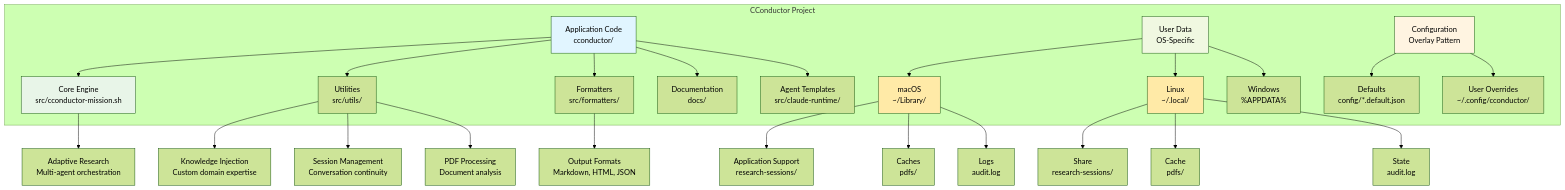
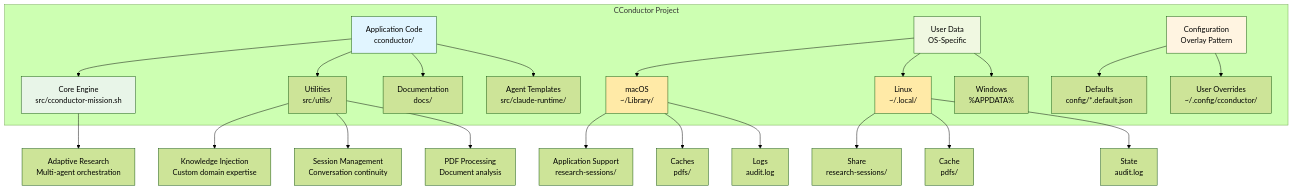
The diagram in README.md (yaniv-golan/cconductor), drawn with Mermaid (forest theme) before and after one commit. The commit also changed other lines of this file and 12 other files, not shown here.

First line of the commit message:
chore: Remove non-functional output formatters (v0.2.2)

````diff
--- a/README.md
+++ b/README.md
@@ -669,42 +669,40 @@
 ```mermaid
 graph TD
     subgraph "CConductor Project"
         A[Application Code<br/>cconductor/]
         B[User Data<br/>OS-Specific]
         C[Configuration<br/>Overlay Pattern]
 
         A --> D[Core Engine<br/>src/cconductor-mission.sh]
         A --> E[Utilities<br/>src/utils/]
-        A --> F[Formatters<br/>src/formatters/]
-        A --> G[Documentation<br/>docs/]
-        A --> H[Agent Templates<br/>src/claude-runtime/]
+        A --> F[Documentation<br/>docs/]
+        A --> G[Agent Templates<br/>src/claude-runtime/]
 
         B --> I[macOS<br/>~/Library/]
         B --> J[Linux<br/>~/.local/]
         B --> K[Windows<br/>%APPDATA%]
 
         C --> L[Defaults<br/>config/*.default.json]
         C --> M[User Overrides<br/>~/.config/cconductor/]
     end
 
     D --> N[Adaptive Research<br/>Multi-agent orchestration]
-    E --> O[Knowledge Injection<br/>Custom domain expertise]
-    E --> P[Session Management<br/>Conversation continuity]
-    E --> Q[PDF Processing<br/>Document analysis]
-    F --> R[Output Formats<br/>Markdown, HTML, JSON]
+        E --> O[Knowledge Injection<br/>Custom domain expertise]
+        E --> P[Session Management<br/>Conversation continuity]
+        E --> Q[PDF Processing<br/>Document analysis]
 
     I --> S[Application Support<br/>research-sessions/]
     I --> T[Caches<br/>pdfs/]
     I --> U[Logs<br/>audit.log]
 
     J --> V[Share<br/>research-sessions/]
     J --> W[Cache<br/>pdfs/]
     J --> X[State<br/>audit.log]
 
     style A fill:#e1f5ff
     style B fill:#f0f8e1
     style C fill:#fff4e1
     style D fill:#e8f5e8
     style I fill:#ffeaa7
     style J fill:#ffeaa7
 ```
````
